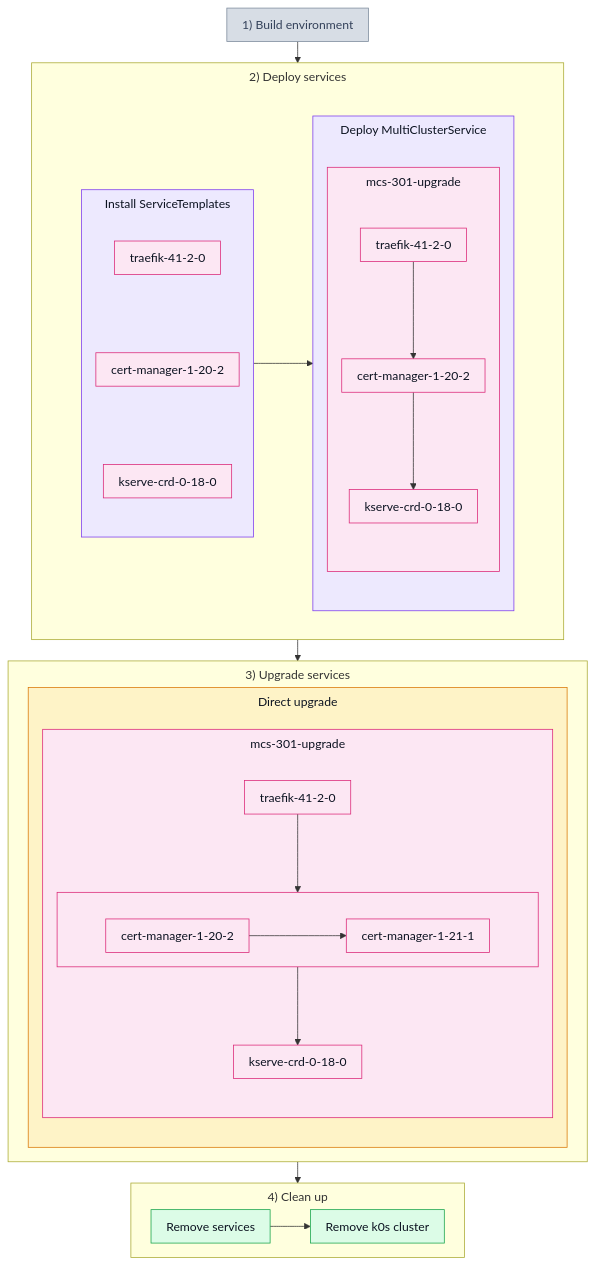
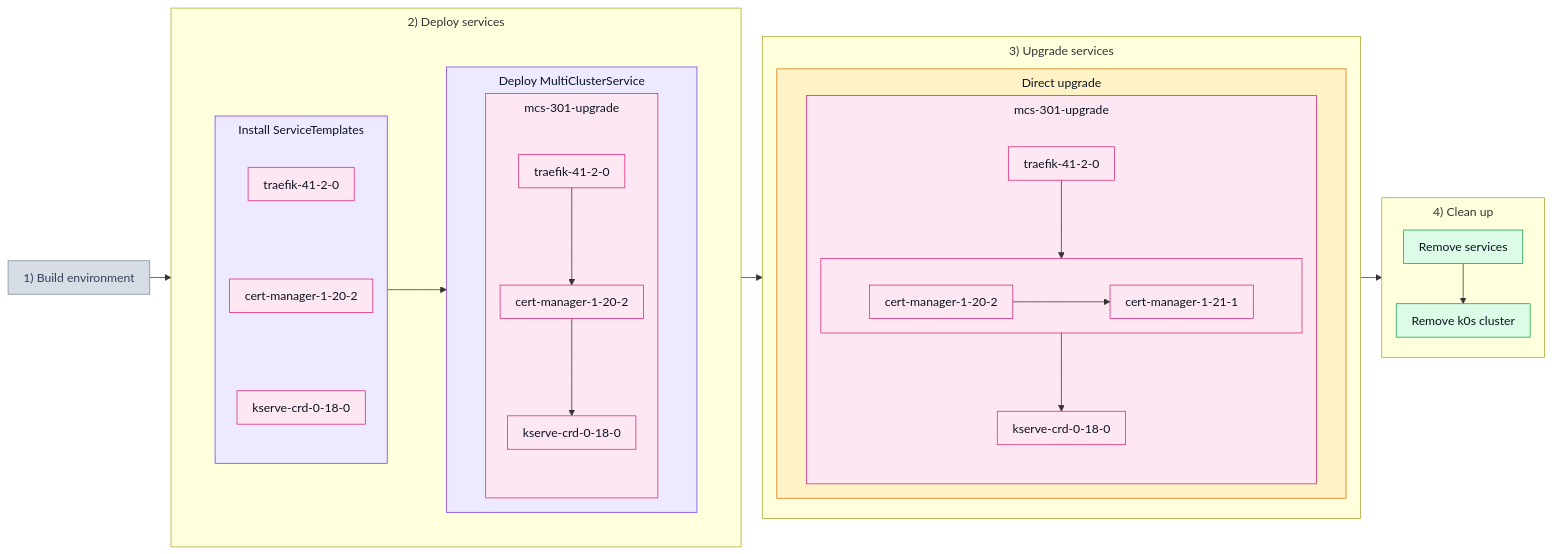
One commit to josef-hak/ksm-tests changed the diagram in test_scenarios/301_upgrade.md. Above: the diagram before and after it, drawn with Mermaid.

Commit message:
docs: lay the phases out left to right again

````diff
--- a/test_scenarios/301_upgrade.md
+++ b/test_scenarios/301_upgrade.md
@@ -21,64 +21,64 @@
 ```mermaid
 %%{init: {'flowchart': {'padding': 10, 'nodeSpacing': 18, 'rankSpacing': 28, 'subGraphTitleMargin': {'top': 6, 'bottom': 10}}}}%%
-flowchart TB
+flowchart LR
     P1["1) Build environment"]
 
     subgraph P2["2) Deploy services"]
         subgraph W2[" "]
             direction LR
             subgraph D1["Install ServiceTemplates"]
                 direction TB
                 T1["traefik-41-2-0"] ~~~ T2["cert-manager-1-20-2"] ~~~ T3["kserve-crd-0-18-0"]
             end
 
             subgraph D2["Deploy MultiClusterService"]
                 subgraph DM["mcs-301-upgrade"]
                     direction TB
                     M1["traefik-41-2-0"] --> M2["cert-manager-1-20-2"] --> M3["kserve-crd-0-18-0"]
                 end
             end
 
             D1 --> D2
         end
     end
 
     subgraph P3["3) Upgrade services"]
         subgraph U1["Direct upgrade"]
             subgraph UM["mcs-301-upgrade"]
                 direction TB
                 V1["traefik-41-2-0"] --> UC
 
                 %% Own left-to-right box, the only way to keep the two versions
                 %% on one row: an arrow between them would rank 1.21.1 lower.
                 %% Linked box to box, not node to node -- a node reaching out of
                 %% a subgraph makes mermaid drop its direction.
                 subgraph UC[" "]
                     direction LR
                     V2["cert-manager-1-20-2"] --> V4["cert-manager-1-21-1"]
                 end
 
                 UC --> V3["kserve-crd-0-18-0"]
             end
         end
     end
 
     subgraph P4["4) Clean up"]
         C1["Remove services"] --> C2["Remove k0s cluster"]
     end
 
     P1 --> P2 --> P3 --> P4
 
     classDef off fill:#d7dde5,stroke:#7c8a9c,color:#33415a
     classDef purple fill:#ede9fe,stroke:#7c3aed,color:#0b1220
     classDef pink fill:#fce7f3,stroke:#db2777,color:#0b1220
     classDef amber fill:#fef3c7,stroke:#d97706,color:#0b1220
     classDef green fill:#dcfce7,stroke:#16a34a,color:#0b1220
     classDef bare fill:none,stroke:none
 
     class P1 off
     class D1,D2 purple
     class DM,T1,T2,T3,M1,M2,M3,UM,UC,V1,V2,V3,V4 pink
     class U1 amber
     class C1,C2 green
     class W2 bare
 ```
````
